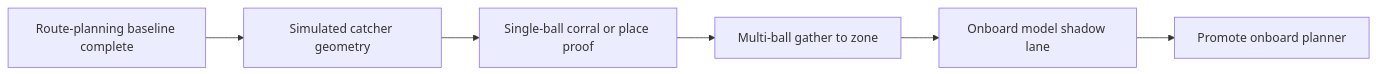
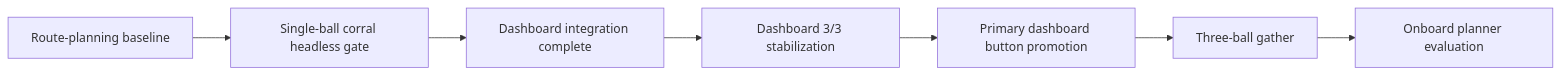
One commit to fsmalkin/chasebot changed the diagram in docs/ROADMAP_2026_H2.md. Above: the diagram before and after it, drawn with Mermaid. The commit also changed other lines of this file and 1 other file, not shown here.

Commit message:
docs: mark corral dashboard repeatability as active blocker

````diff
--- a/docs/ROADMAP_2026_H2.md
+++ b/docs/ROADMAP_2026_H2.md
@@ -140,8 +143,9 @@
 ```mermaid
 flowchart LR
-    A[Route-planning baseline complete] --> B[Simulated catcher geometry]
-    B --> C[Single-ball corral or place proof]
-    C --> D[Multi-ball gather to zone]
-    D --> E[Onboard model shadow lane]
-    E --> F[Promote onboard planner]
+    A[Route-planning baseline] --> B[Single-ball corral headless gate]
+    B --> C[Dashboard integration complete]
+    C --> D[Dashboard 3/3 stabilization]
+    D --> E[Primary dashboard button promotion]
+    E --> F[Three-ball gather]
+    F --> G[Onboard planner evaluation]
 ```
````
